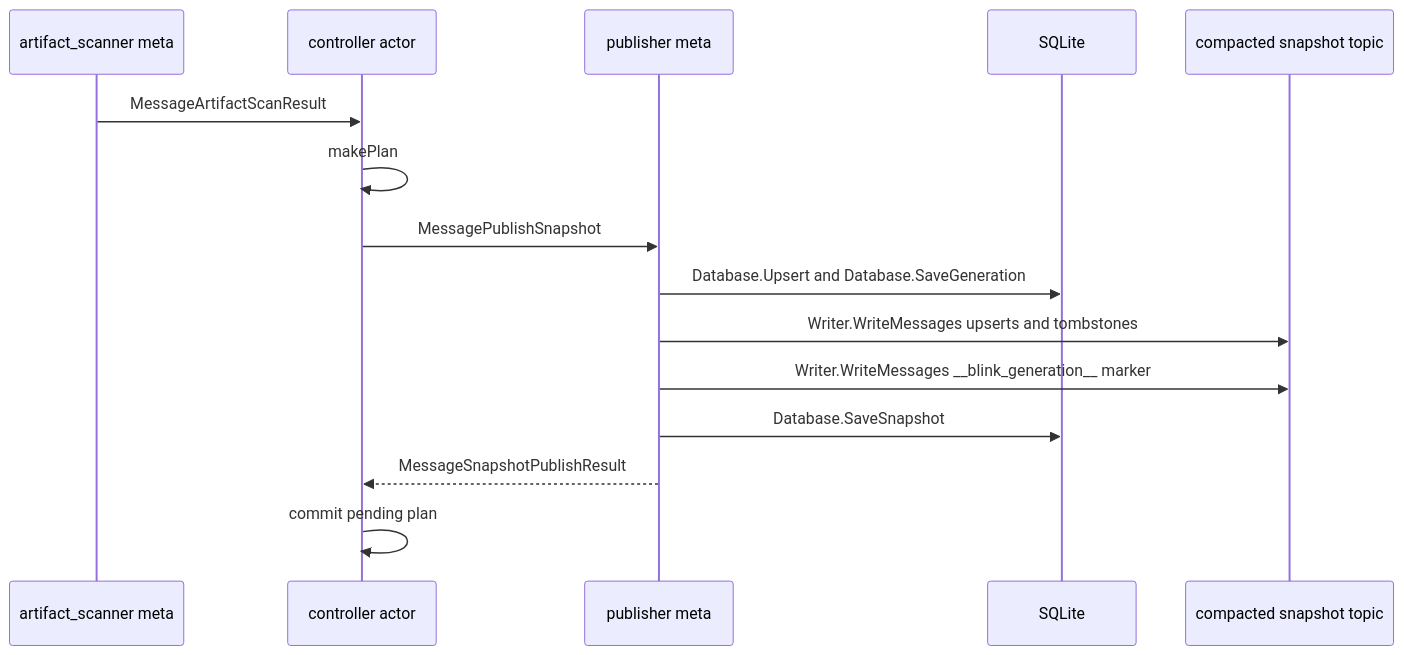
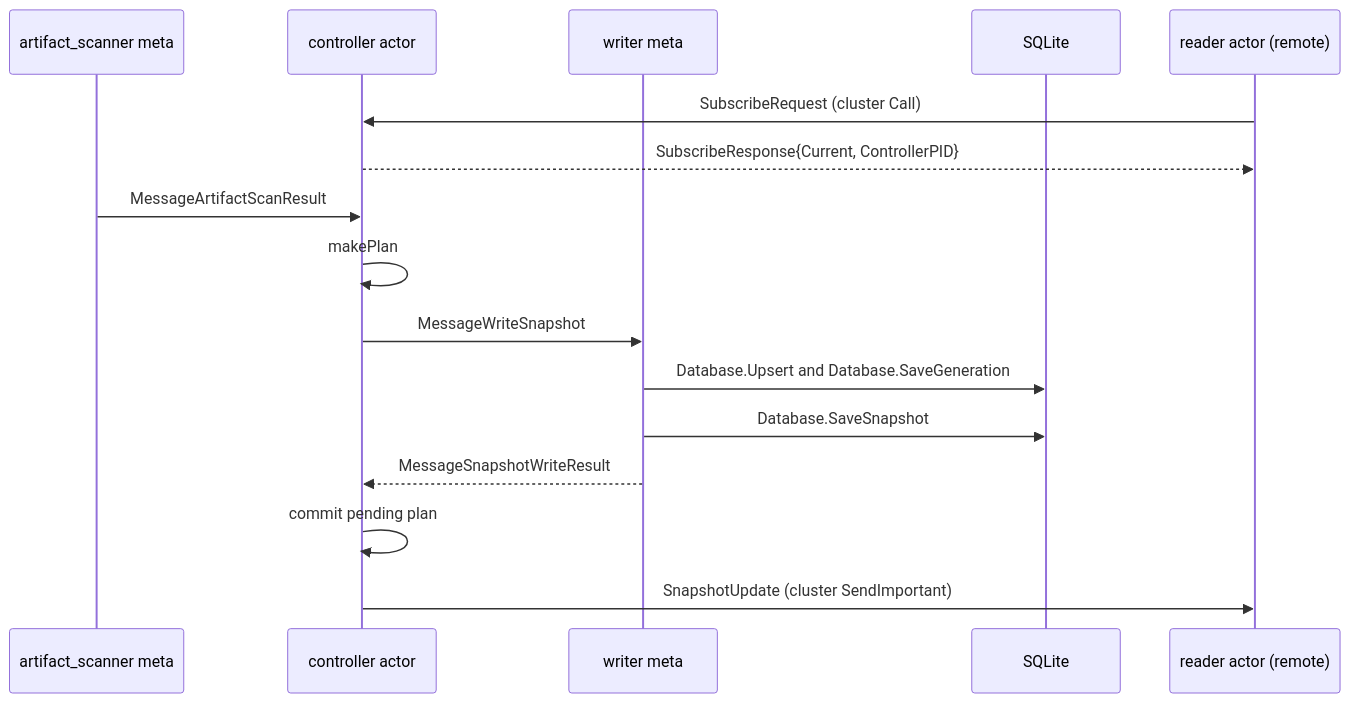
The first of 2 diagrams in docs/internals/message-flow.md (HarishHary/blink), drawn with Mermaid before and after one commit. The commit also changed other lines of this file and 115 other files, not shown here.

````diff
--- a/docs/internals/message-flow.md
+++ b/docs/internals/message-flow.md
@@ -9,18 +11,19 @@
 ```mermaid
 sequenceDiagram
     participant ArtifactScanner as artifact_scanner meta
     participant Controller as controller actor
-    participant Publisher as publisher meta
+    participant Writer as writer meta
     participant Store as SQLite
-    participant Kafka as compacted snapshot topic
+    participant Executor as reader actor (remote)
 
+    Executor->>Controller: SubscribeRequest (cluster Call)
+    Controller-->>Executor: SubscribeResponse{Current, ControllerPID}
     ArtifactScanner->>Controller: MessageArtifactScanResult
     Controller->>Controller: makePlan
-    Controller->>Publisher: MessagePublishSnapshot
-    Publisher->>Store: Database.Upsert and Database.SaveGeneration
-    Publisher->>Kafka: Writer.WriteMessages upserts and tombstones
-    Publisher->>Kafka: Writer.WriteMessages __blink_generation__ marker
-    Publisher->>Store: Database.SaveSnapshot
-    Publisher-->>Controller: MessageSnapshotPublishResult
+    Controller->>Writer: MessageWriteSnapshot
+    Writer->>Store: Database.Upsert and Database.SaveGeneration
+    Writer->>Store: Database.SaveSnapshot
+    Writer-->>Controller: MessageSnapshotWriteResult
     Controller->>Controller: commit pending plan
+    Controller->>Executor: SnapshotUpdate (cluster SendImportant)
 ```
````
